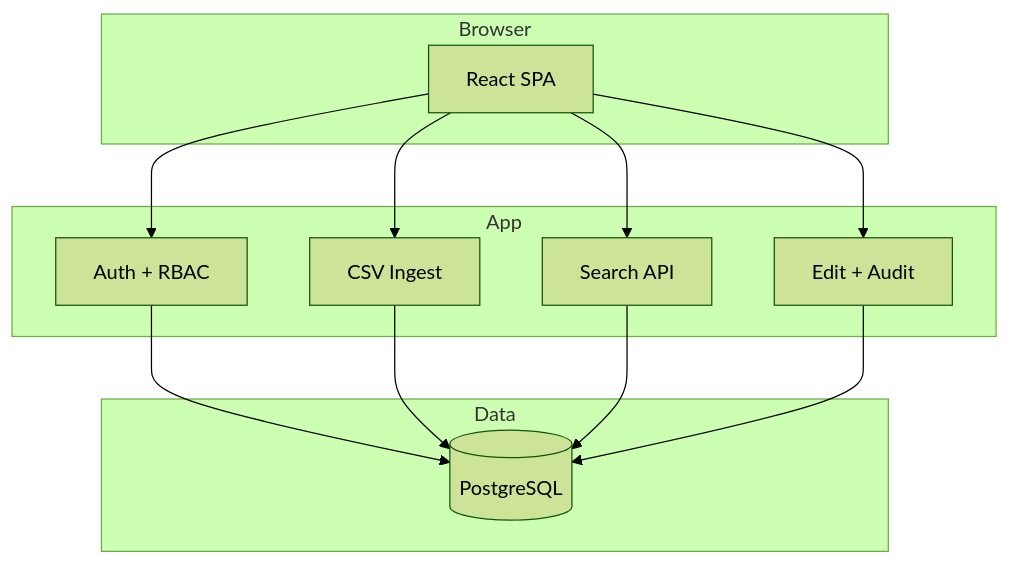
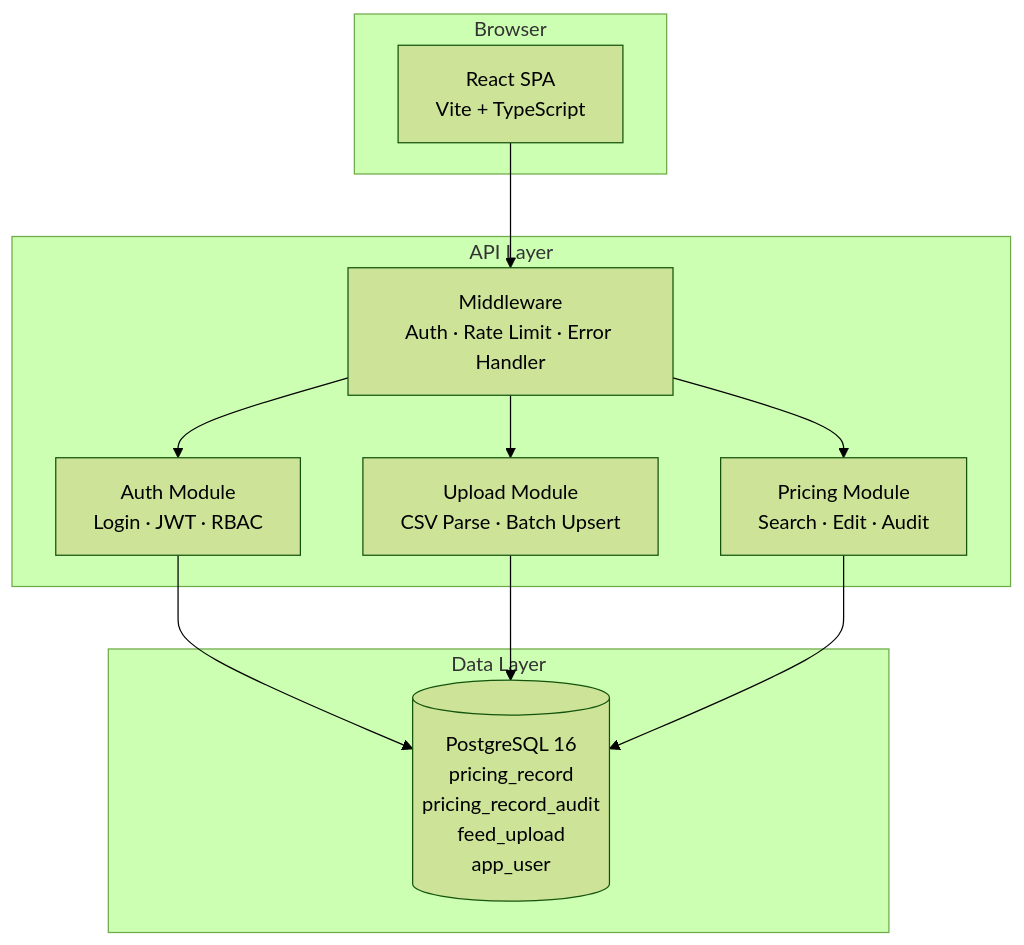
One commit to danish-wadhwa1997/Tiger-Analytics changed the diagram in docs/solution-architecture.md. Above: the diagram before and after it, drawn with Mermaid (forest theme). The commit also changed other lines of this file and 48 other files, not shown here.

````diff
--- a/docs/solution-architecture.md
+++ b/docs/solution-architecture.md
@@ -3,23 +5,25 @@
 ```mermaid
 flowchart TD
   subgraph Browser
-    UI[React SPA]
+    UI[React SPA<br/>Vite + TypeScript]
   end
-  subgraph App
-    Auth[Auth + RBAC]
-    Ingest[CSV Ingest]
-    Search[Search API]
-    Edit[Edit + Audit]
+
+  subgraph API Layer
+    MW[Middleware<br/>Auth · Rate Limit · Error Handler]
+    AuthMod[Auth Module<br/>Login · JWT · RBAC]
+    UploadMod[Upload Module<br/>CSV Parse · Batch Upsert]
+    PricingMod[Pricing Module<br/>Search · Edit · Audit]
   end
-  subgraph Data
-    P[(PostgreSQL)]
+
+  subgraph Data Layer
+    PG[(PostgreSQL 16<br/>pricing_record<br/>pricing_record_audit<br/>feed_upload<br/>app_user)]
   end
-  UI --> Auth
-  UI --> Ingest
-  UI --> Search
-  UI --> Edit
-  Auth --> P
-  Ingest --> P
-  Search --> P
-  Edit --> P
+
+  UI --> MW
+  MW --> AuthMod
+  MW --> UploadMod
+  MW --> PricingMod
+  AuthMod --> PG
+  UploadMod --> PG
+  PricingMod --> PG
 ```
````
